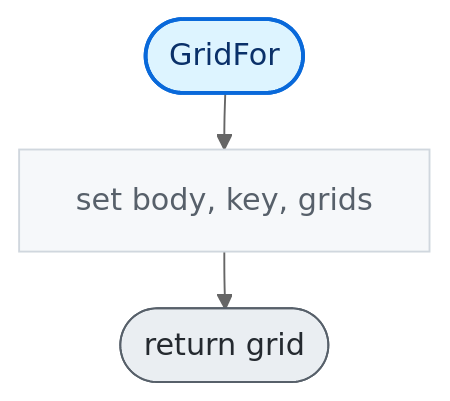
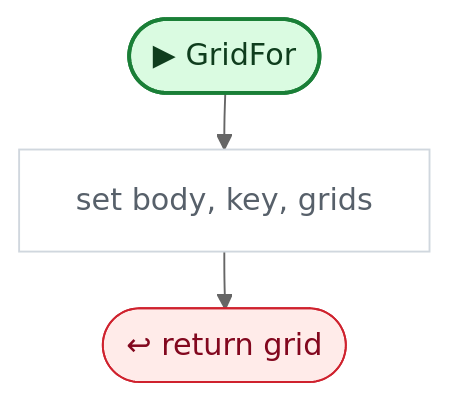
One commit to nataiai/Lord-of-the-Dungeon changed the second of 14 diagrams in CodeGraph~/graph/AI/PathFinding.cs.md. Above: the diagram before and after it, drawn with Mermaid (neutral theme). The commit also changed other lines of this file and 44 other files, not shown here.

````diff
--- a/CodeGraph~/graph/AI/PathFinding.cs.md
+++ b/CodeGraph~/graph/AI/PathFinding.cs.md
@@ -77,28 +77,32 @@
 ```mermaid
 ---
 config:
   flowchart:
     wrappingWidth: 260
     nodeSpacing: 26
     rankSpacing: 30
 ---
 flowchart TD
-  nS(["GridFor"])
+  nS(["▶ GridFor"])
   n317443["set body, key, grids"]
-  nae4fe2(["return grid"])
+  nae4fe2(["↩ return grid"])
   nS --> n317443
   n317443 --> nae4fe2
-  classDef unity fill:#fff1c2,stroke:#9a6700,stroke-width:2px,color:#3b2300
-  classDef start fill:#ddf4ff,stroke:#0969da,stroke-width:2px,color:#0a3069
-  classDef calc fill:#f6f8fa,stroke:#d0d7de,color:#57606a
-  classDef calls fill:#ffffff,stroke:#0969da,stroke-width:2.5px,color:#0a3069
-  classDef cond fill:#ffffff,stroke:#6e7781,stroke-width:1.5px,color:#1f2328
-  classDef loop fill:#fbefff,stroke:#8250df,color:#3e1f79
-  classDef exit fill:#eaeef2,stroke:#57606a,color:#24292f
-  classDef wait fill:#fff8f0,stroke:#bc4c00,color:#4d1d00
+  classDef unity fill:#dafbe1,stroke:#1a7f37,stroke-width:2px,color:#0f3d1d
+  classDef start fill:#dafbe1,stroke:#1a7f37,stroke-width:2px,color:#0f3d1d
+  classDef calc fill:#ffffff,stroke:#d0d7de,color:#57606a
+  classDef calls fill:#ddf4ff,stroke:#0969da,stroke-width:2px,color:#0a3069
+  classDef ext fill:#ddf4ff,stroke:#0969da,stroke-width:2px,stroke-dasharray:5 3,color:#0a3069
+  classDef cond fill:#fff8c5,stroke:#bf8700,stroke-width:1.5px,color:#3d2a00
+  classDef loop fill:#f6f8fa,stroke:#57606a,color:#1f2328
+  classDef exit fill:#ffebe9,stroke:#cf222e,color:#82071e
+  classDef kill fill:#ffebe9,stroke:#cf222e,stroke-width:2px,color:#82071e
+  classDef spawn fill:#dafbe1,stroke:#1a7f37,stroke-width:2px,color:#0f3d1d
+  classDef wait fill:#fff1e5,stroke:#bc4c00,color:#4d1d00
   classDef fin fill:#eaeef2,stroke:#8c959f,color:#57606a
   classDef join fill:#d0d7de,stroke:#8c959f,color:#57606a
+  classDef ghdr fill:#f5f9ff,stroke:#f5f9ff,color:#0a3069,font-weight:bold
   class n317443 calc
   class nae4fe2 exit
   class nS start
 ```
````
